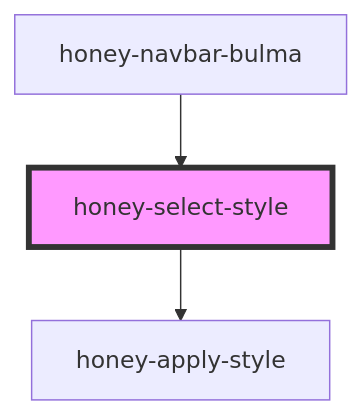
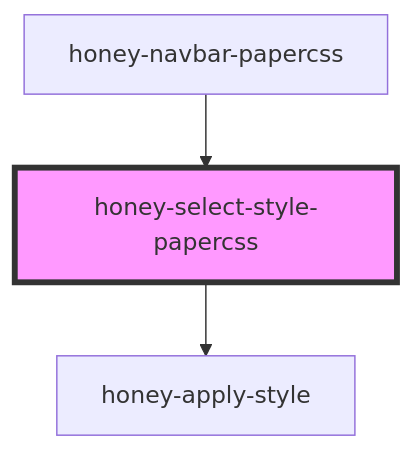
Before and after one commit to Huluvu424242/honey-news: the diagram in src/components/honey-style-it/honey-select-style/readme.md, drawn with Mermaid. The commit also changed other lines of this file and 14 other files, not shown here.

````diff
--- a/src/components/honey-style-it/honey-select-style/readme.md
+++ b/src/components/honey-style-it/honey-select-style/readme.md
@@ -26,6 +27,6 @@
 ```mermaid
 graph TD;
-  honey-select-style --> honey-apply-style
-  honey-navbar-bulma --> honey-select-style
-  style honey-select-style fill:#f9f,stroke:#333,stroke-width:4px
+  honey-select-style-papercss --> honey-apply-style
+  honey-navbar-papercss --> honey-select-style-papercss
+  style honey-select-style-papercss fill:#f9f,stroke:#333,stroke-width:4px
 ```
````
